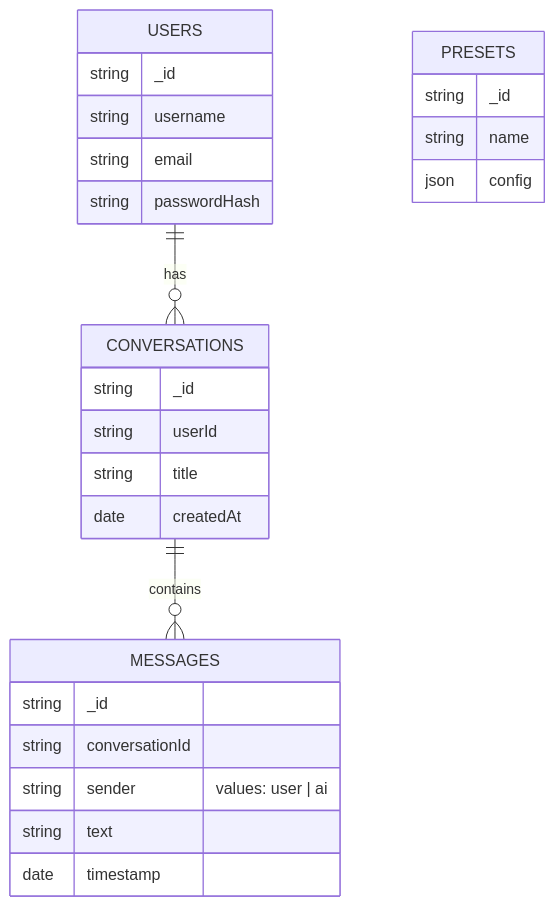
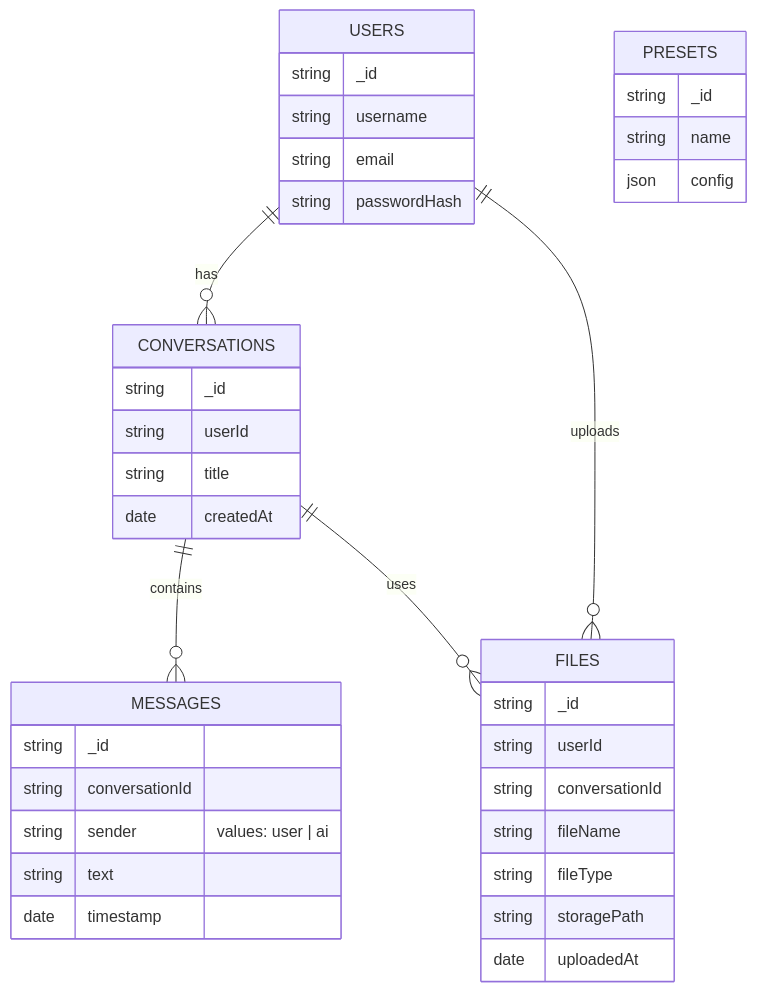
The second of 2 diagrams in docs/overview.md (vishalsai20/cloneLibreChat), drawn with Mermaid before and after one commit.

Commit message:
er diagram

````diff
--- a/docs/overview.md
+++ b/docs/overview.md
@@ -85,30 +85,42 @@
 ```mermaid
 erDiagram
     USERS ||--o{ CONVERSATIONS : "has"
     CONVERSATIONS ||--o{ MESSAGES : "contains"
+    USERS ||--o{ FILES : "uploads"
+    CONVERSATIONS ||--o{ FILES : "uses"
 
     USERS {
         string _id
         string username
         string email
         string passwordHash
     }
     CONVERSATIONS {
         string _id
         string userId
         string title
         date createdAt
     }
     MESSAGES {
         string _id
         string conversationId
         string sender "values: user | ai"
         string text
         date timestamp
     }
     PRESETS {
         string _id
         string name
         json config
     }
+    FILES {
+        string _id
+        string userId
+        string conversationId 
+        string fileName
+        string fileType
+        string storagePath
+        date uploadedAt
+    }
+
 ```
````
